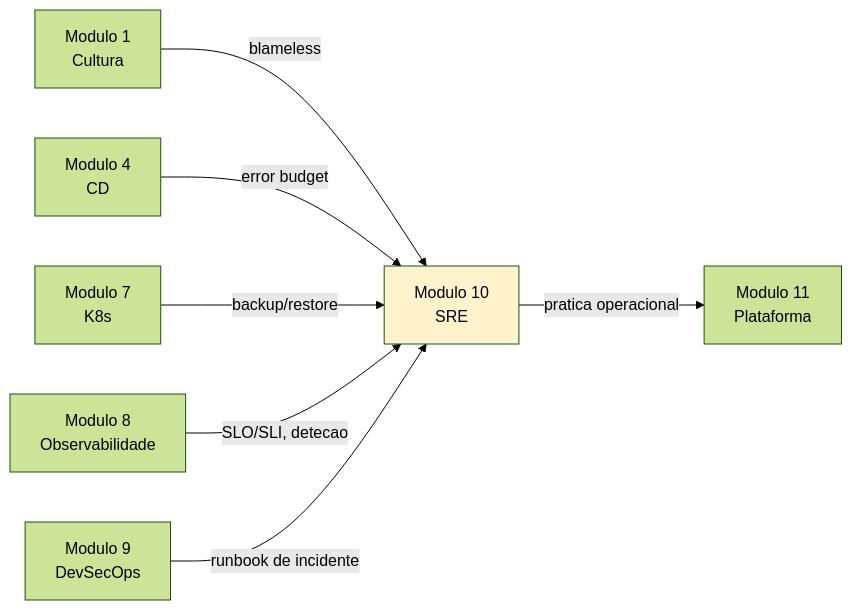
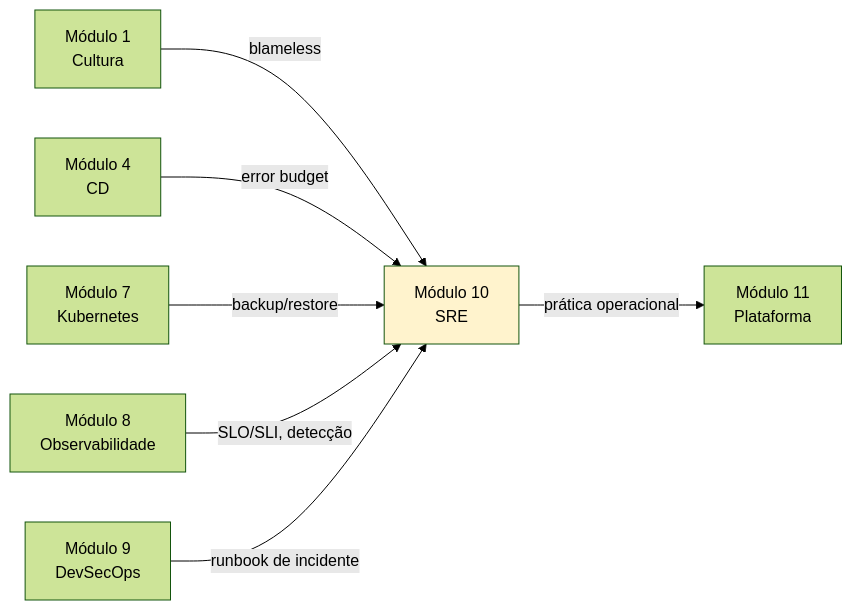
Before and after one commit to josinoif/aulas_ads: the diagram in devops/10-sre-operacoes/README.md, drawn with Mermaid (forest theme). The commit also changed other lines of this file and 4 other files, not shown here.

````diff
--- a/devops/10-sre-operacoes/README.md
+++ b/devops/10-sre-operacoes/README.md
@@ -113,11 +113,11 @@
 ```mermaid
 flowchart LR
-    M1[Modulo 1<br/>Cultura] -->|blameless| M10[Modulo 10<br/>SRE]
-    M4[Modulo 4<br/>CD] -->|error budget| M10
-    M7[Modulo 7<br/>K8s] -->|backup/restore| M10
-    M8[Modulo 8<br/>Observabilidade] -->|SLO/SLI, detecao| M10
-    M9[Modulo 9<br/>DevSecOps] -->|runbook de incidente| M10
-    M10 -->|pratica operacional| M11[Modulo 11<br/>Plataforma]
+    M1[Módulo 1<br/>Cultura] -->|blameless| M10[Módulo 10<br/>SRE]
+    M4[Módulo 4<br/>CD] -->|error budget| M10
+    M7[Módulo 7<br/>Kubernetes] -->|backup/restore| M10
+    M8[Módulo 8<br/>Observabilidade] -->|SLO/SLI, detecção| M10
+    M9[Módulo 9<br/>DevSecOps] -->|runbook de incidente| M10
+    M10 -->|prática operacional| M11[Módulo 11<br/>Plataforma]
 
     style M10 fill:#fff3cd
 ```
````
